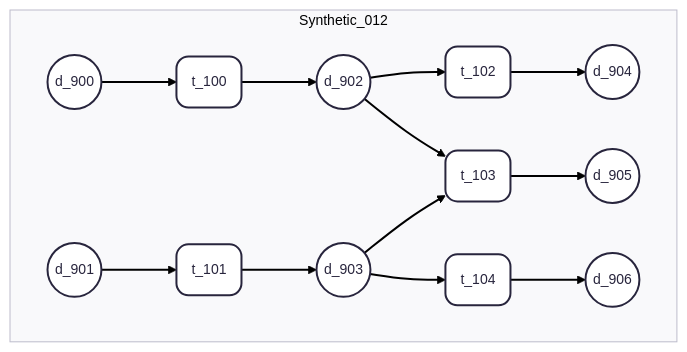
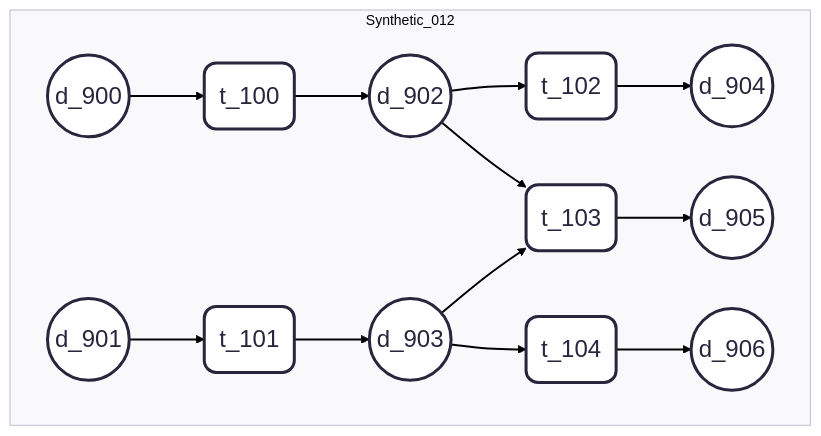
The diagram in data/mermaid/Synthetic_012.mermaid (marcellowmr/instance-gen), drawn with Mermaid before and after one commit. The commit also changed 18 other files, not shown here.

Commit message:
Arquivos mermaid

```diff
--- a/data/mermaid/Synthetic_012.mermaid
+++ b/data/mermaid/Synthetic_012.mermaid
@@ -1,32 +1,34 @@
 ---
 config:
   layout: dagre
   theme: redux
   look: classic
 ---
 %% PATTERN: Map, Split, Merge
 flowchart LR
- subgraph Synthetic_12["Synthetic_012"]
-    direction LR
-        S12_d0(("d_900"))
-        S12_d1(("d_901"))
-        S12_d2(("d_902"))
-        S12_d3(("d_903"))
-        S12_d4(("d_904"))
-        S12_d5(("d_905"))
-        S12_d6(("d_906"))
-        S12_t0("t_100")
-        S12_t1("t_101")
-        S12_t2("t_102")
-        S12_t3("t_103")
-        S12_t4("t_104")
-  end
+    classDef default font-size:24px, stroke-width:3px;
+    linkStyle default stroke-width:2px;
+    subgraph Synthetic_12["Synthetic_012"]
+        direction LR
+            S12_d0(("d_900"))
+            S12_d1(("d_901"))
+            S12_d2(("d_902"))
+            S12_d3(("d_903"))
+            S12_d4(("d_904"))
+            S12_d5(("d_905"))
+            S12_d6(("d_906"))
+            S12_t0("t_100")
+            S12_t1("t_101")
+            S12_t2("t_102")
+            S12_t3("t_103")
+            S12_t4("t_104")
+    end
     S12_d0 --> S12_t0
     S12_d1 --> S12_t1
     S12_d2 --> S12_t2 & S12_t3
     S12_d3 --> S12_t3 & S12_t4
     S12_t0 --> S12_d2
     S12_t1 --> S12_d3
     S12_t2 --> S12_d4
     S12_t3 --> S12_d5
     S12_t4 --> S12_d6
```
